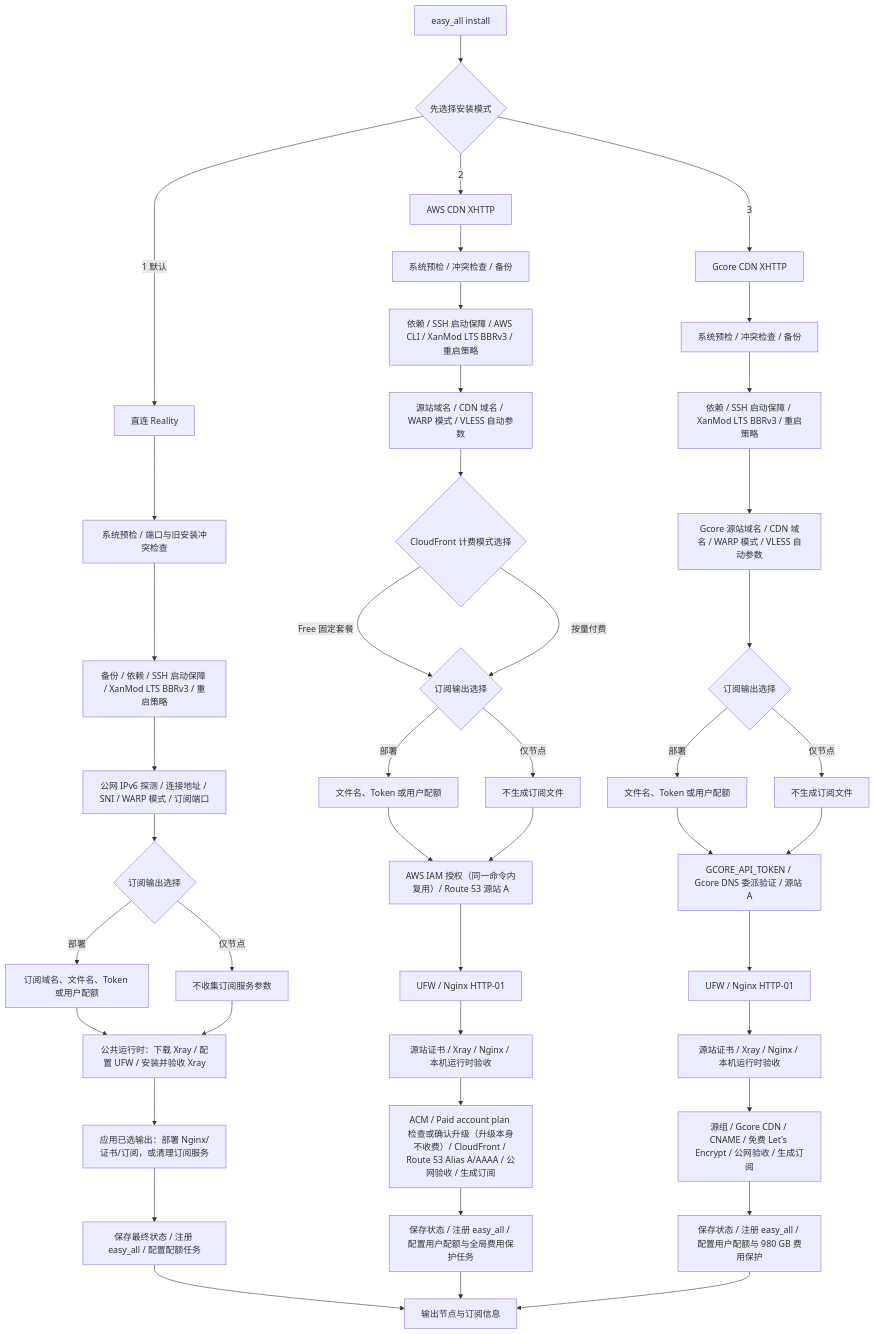
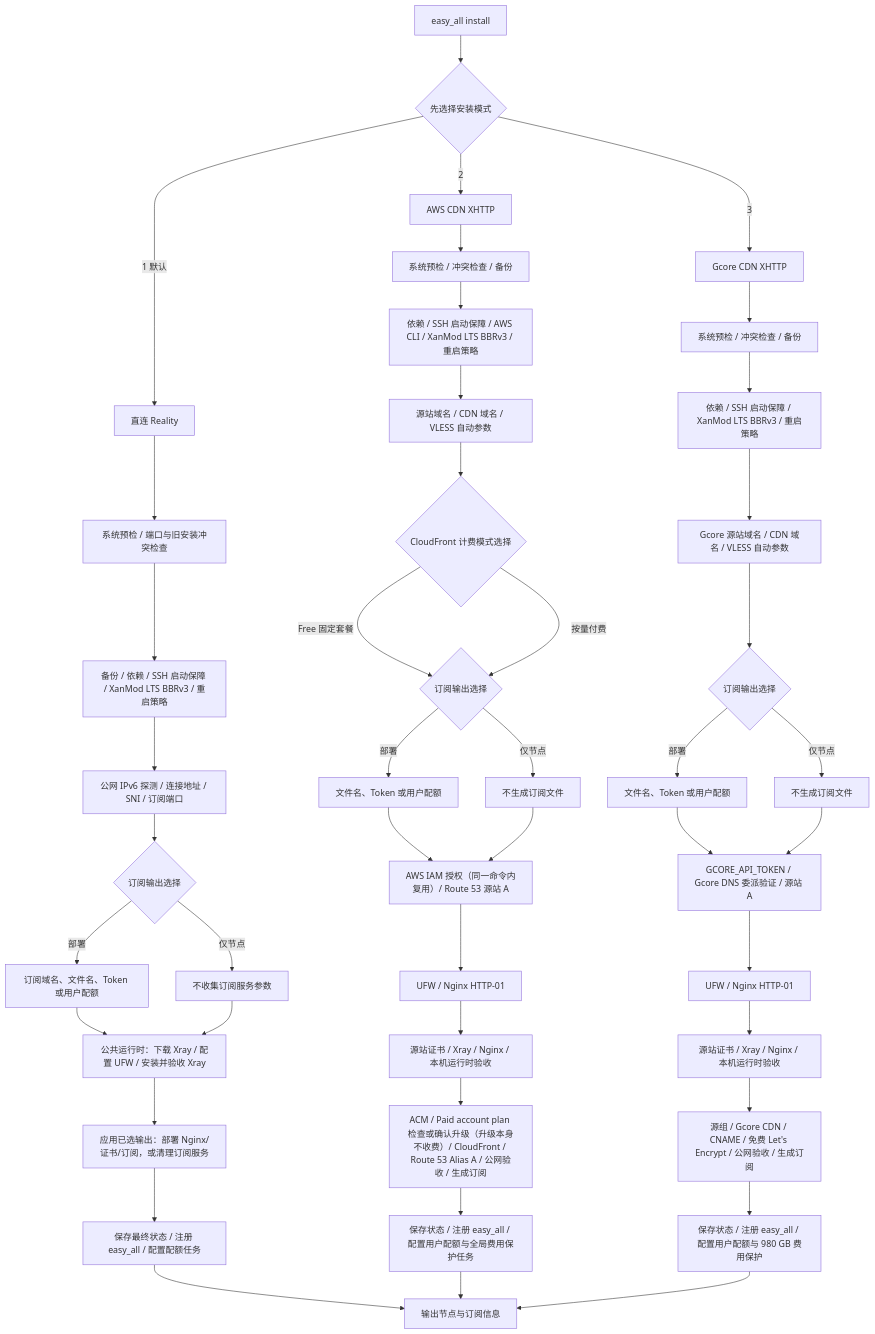
Before and after one commit to v2yiz/easy_all: the diagram in README.md, drawn with Mermaid. The commit also changed other lines of this file and 22 other files, not shown here.

````diff
--- a/README.md
+++ b/README.md
@@ -81,49 +77,49 @@
 ```mermaid
 flowchart TD
     A[easy_all install] --> B{先选择安装模式}
 
     B -->|1 默认| R0[直连 Reality]
     R0 --> R1[系统预检 / 端口与旧安装冲突检查]
     R1 --> R2[备份 / 依赖 / SSH 启动保障 / XanMod LTS BBRv3 / 重启策略]
-    R2 --> R3[公网 IPv6 探测 / 连接地址 / SNI / WARP 模式 / 订阅端口]
+    R2 --> R3[公网 IPv6 探测 / 连接地址 / SNI / 订阅端口]
     R3 --> R4{订阅输出选择}
     R4 -->|部署| R5[订阅域名、文件名、Token 或用户配额]
     R4 -->|仅节点| R6[不收集订阅服务参数]
     R5 --> R7[公共运行时：下载 Xray / 配置 UFW / 安装并验收 Xray]
     R6 --> R7
     R7 --> R8[应用已选输出：部署 Nginx/证书/订阅，或清理订阅服务]
     R8 --> R9[保存最终状态 / 注册 easy_all / 配置配额任务]
     R9 --> Z[输出节点与订阅信息]
 
     B -->|2| X0[AWS CDN XHTTP]
     X0 --> X1[系统预检 / 冲突检查 / 备份]
     X1 --> X2[依赖 / SSH 启动保障 / AWS CLI / XanMod LTS BBRv3 / 重启策略]
-    X2 --> X3[源站域名 / CDN 域名 / WARP 模式 / VLESS 自动参数]
+    X2 --> X3[源站域名 / CDN 域名 / VLESS 自动参数]
     X3 --> X3A{CloudFront 计费模式选择}
     X3A -->|Free 固定套餐| X4{订阅输出选择}
     X3A -->|按量付费| X4
     X4 -->|部署| X5[文件名、Token 或用户配额]
     X4 -->|仅节点| X6[不生成订阅文件]
     X5 --> X7[AWS IAM 授权（同一命令内复用）/ Route 53 源站 A]
     X6 --> X7
     X7 --> X8[UFW / Nginx HTTP-01]
     X8 --> X9[源站证书 / Xray / Nginx / 本机运行时验收]
-    X9 --> X10[ACM / Paid account plan 检查或确认升级（升级本身不收费）/ CloudFront / Route 53 Alias A/AAAA / 公网验收 / 生成订阅]
+    X9 --> X10[ACM / Paid account plan 检查或确认升级（升级本身不收费）/ CloudFront / Route 53 Alias A / 公网验收 / 生成订阅]
     X10 --> X11[保存状态 / 注册 easy_all / 配置用户配额与全局费用保护任务]
     X11 --> Z
 
     B -->|3| G0[Gcore CDN XHTTP]
     G0 --> G1[系统预检 / 冲突检查 / 备份]
     G1 --> G2[依赖 / SSH 启动保障 / XanMod LTS BBRv3 / 重启策略]
-    G2 --> G3[Gcore 源站域名 / CDN 域名 / WARP 模式 / VLESS 自动参数]
+    G2 --> G3[Gcore 源站域名 / CDN 域名 / VLESS 自动参数]
     G3 --> G4{订阅输出选择}
     G4 -->|部署| G5[文件名、Token 或用户配额]
     G4 -->|仅节点| G6[不生成订阅文件]
     G5 --> G7[GCORE_API_TOKEN / Gcore DNS 委派验证 / 源站 A]
     G6 --> G7
     G7 --> G8[UFW / Nginx HTTP-01]
     G8 --> G9[源站证书 / Xray / Nginx / 本机运行时验收]
     G9 --> G10[源组 / Gcore CDN / CNAME / 免费 Let's Encrypt / 公网验收 / 生成订阅]
     G10 --> G11[保存状态 / 注册 easy_all / 配置用户配额与 980 GB 费用保护]
     G11 --> Z
 ```
````
